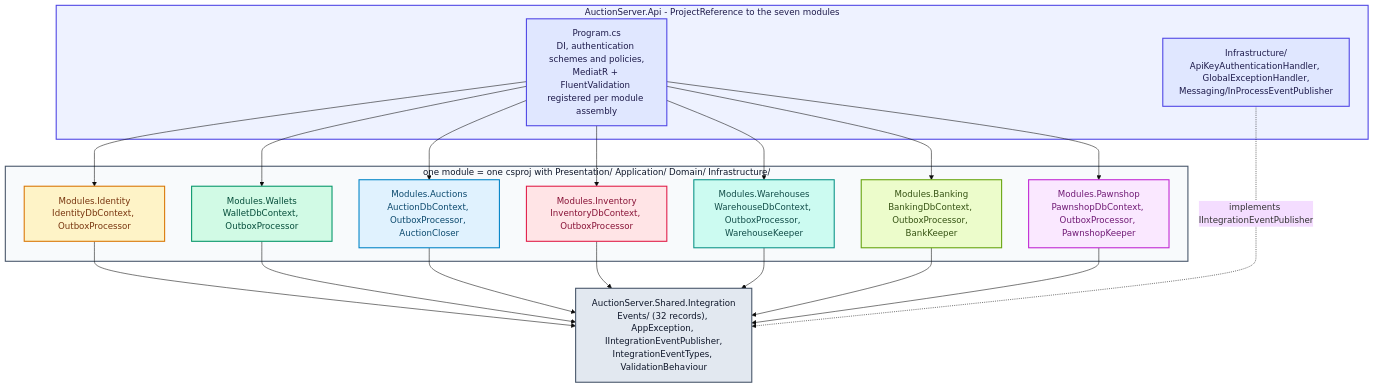
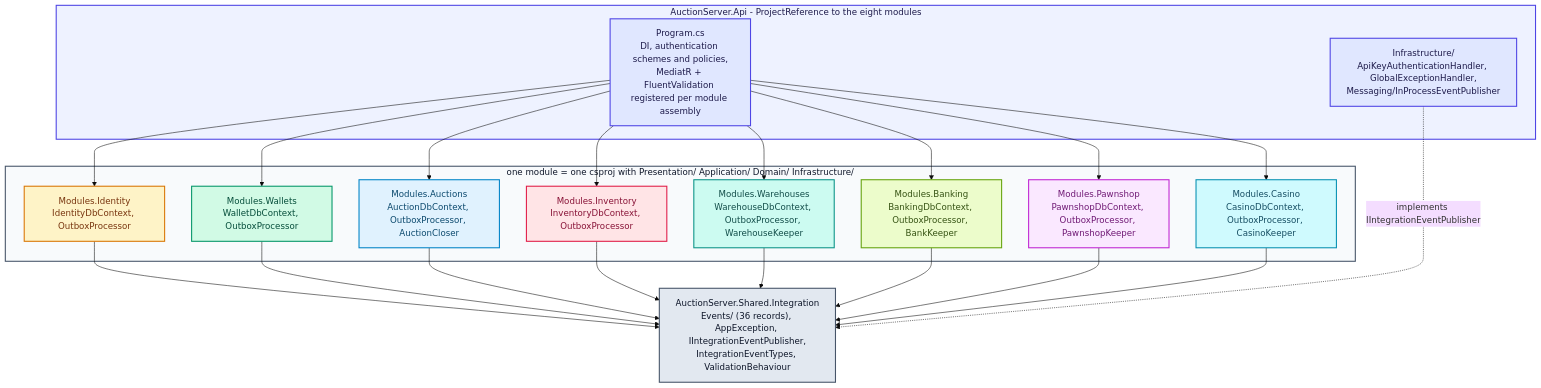
The diagram in docs/diagrams/src/architecture-02-module-layering.mmd (Zambrzyckii/Auction), drawn with Mermaid (base theme) before and after one commit. The commit also changed 35 other files, not shown here.

```diff
--- a/docs/diagrams/src/architecture-02-module-layering.mmd
+++ b/docs/diagrams/src/architecture-02-module-layering.mmd
@@ -1,38 +1,40 @@
 flowchart TB
 
-    subgraph Host ["AuctionServer.Api - ProjectReference to the seven modules"]
+    subgraph Host ["AuctionServer.Api - ProjectReference to the eight modules"]
         Program["Program.cs<br/>DI, authentication schemes and policies,<br/>MediatR + FluentValidation registered per module assembly"]:::host
         ApiInfra["Infrastructure/<br/>ApiKeyAuthenticationHandler, GlobalExceptionHandler,<br/>Messaging/InProcessEventPublisher"]:::host
     end
 
     subgraph Modules ["one module = one csproj with Presentation/ Application/ Domain/ Infrastructure/"]
         Identity["Modules.Identity<br/>IdentityDbContext, OutboxProcessor"]:::identity
         Wallets["Modules.Wallets<br/>WalletDbContext, OutboxProcessor"]:::wallets
         Auctions["Modules.Auctions<br/>AuctionDbContext, OutboxProcessor, AuctionCloser"]:::auctions
         Inventory["Modules.Inventory<br/>InventoryDbContext, OutboxProcessor"]:::inventory
         Warehouses["Modules.Warehouses<br/>WarehouseDbContext, OutboxProcessor, WarehouseKeeper"]:::warehouses
         Banking["Modules.Banking<br/>BankingDbContext, OutboxProcessor, BankKeeper"]:::banking
         Pawnshop["Modules.Pawnshop<br/>PawnshopDbContext, OutboxProcessor, PawnshopKeeper"]:::pawnshop
+        Casino["Modules.Casino<br/>CasinoDbContext, OutboxProcessor, CasinoKeeper"]:::casino
     end
 
-    Shared["AuctionServer.Shared.Integration<br/>Events/ (32 records), AppException, IIntegrationEventPublisher,<br/>IntegrationEventTypes, ValidationBehaviour"]:::shared
+    Shared["AuctionServer.Shared.Integration<br/>Events/ (36 records), AppException, IIntegrationEventPublisher,<br/>IntegrationEventTypes, ValidationBehaviour"]:::shared
 
-    Program --> Identity & Wallets & Auctions & Inventory & Warehouses & Banking & Pawnshop
-    Identity & Wallets & Auctions & Inventory & Warehouses & Banking & Pawnshop --> Shared
+    Program --> Identity & Wallets & Auctions & Inventory & Warehouses & Banking & Pawnshop & Casino
+    Identity & Wallets & Auctions & Inventory & Warehouses & Banking & Pawnshop & Casino --> Shared
     ApiInfra -.->|"implements IIntegrationEventPublisher"| Shared
 
     style Host fill:#EEF2FF,stroke:#4F46E5,stroke-width:2px,color:#1E1B4B
     style Modules fill:#F8FAFC,stroke:#475569,stroke-width:2px,color:#0F172A
 
     classDef client    fill:#FFEDD5,stroke:#EA580C,stroke-width:2px,color:#7C2D12
     classDef host      fill:#E0E7FF,stroke:#4F46E5,stroke-width:2px,color:#1E1B4B
     classDef identity  fill:#FEF3C7,stroke:#D97706,stroke-width:2px,color:#78350F
     classDef wallets   fill:#D1FAE5,stroke:#059669,stroke-width:2px,color:#064E3B
     classDef auctions  fill:#E0F2FE,stroke:#0284C7,stroke-width:2px,color:#0C4A6E
     classDef inventory fill:#FFE4E6,stroke:#E11D48,stroke-width:2px,color:#881337
     classDef warehouses fill:#CCFBF1,stroke:#0D9488,stroke-width:2px,color:#134E4A
     classDef banking   fill:#ECFCCB,stroke:#65A30D,stroke-width:2px,color:#365314
     classDef pawnshop  fill:#FAE8FF,stroke:#C026D3,stroke-width:2px,color:#701A75
+    classDef casino    fill:#CFFAFE,stroke:#0891B2,stroke-width:2px,color:#164E63
     classDef shared    fill:#E2E8F0,stroke:#475569,stroke-width:2px,color:#0F172A
     classDef planned   fill:#F4F4F5,stroke:#71717A,stroke-width:2px,stroke-dasharray:6 4,color:#27272A
     classDef db        fill:#F3E8FF,stroke:#9333EA,stroke-width:2px,color:#581C87
```
